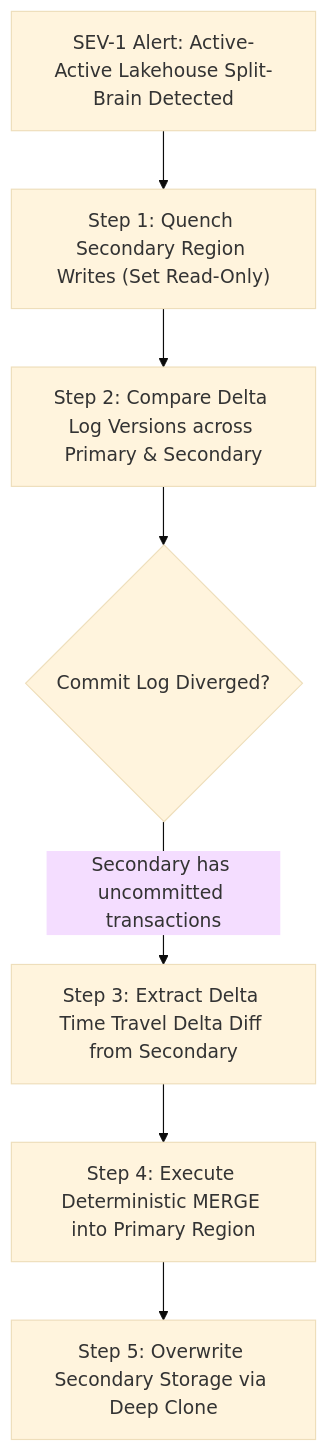
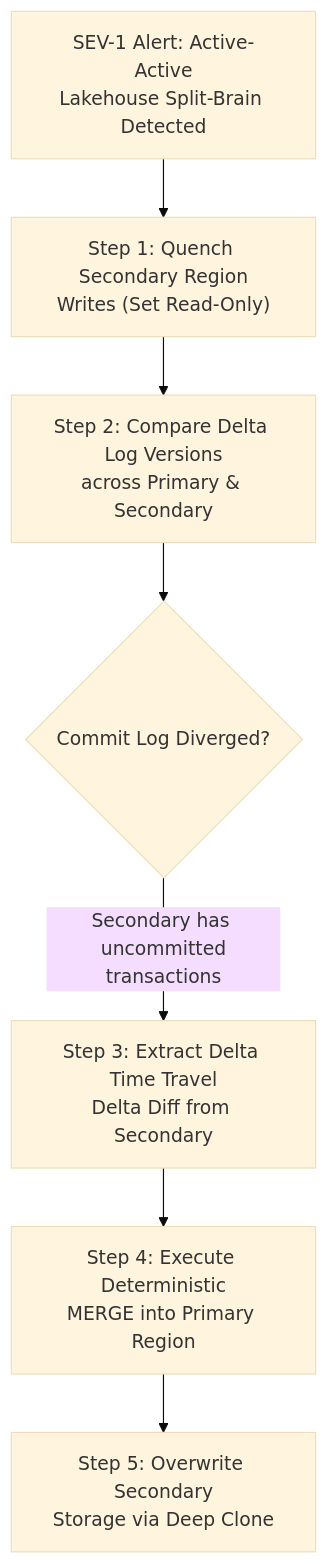
One commit to santoshjammi29/data-system-design-handbook changed the diagram in runbooks/01_cross_region_split_brain_conflict_resolution.md. Above: the diagram before and after it, drawn with Mermaid (base theme). The commit also changed 15 other files, not shown here.

Commit message:
fix(diagrams): word-wrap labels and escape comparison operators across all diagrams

````diff
--- a/runbooks/01_cross_region_split_brain_conflict_resolution.md
+++ b/runbooks/01_cross_region_split_brain_conflict_resolution.md
@@ -12,11 +12,11 @@
 ```mermaid
 flowchart TD
-    Alert["SEV-1 Alert: Active-Active Lakehouse Split-Brain Detected"] --> IsolateSecondary["Step 1: Quench Secondary Region Writes (Set Read-Only)"]
-    IsolateSecondary --> CompareCommitLogs["Step 2: Compare Delta Log Versions across Primary & Secondary"]
+    Alert["SEV-1 Alert: Active-Active<br/>Lakehouse Split-Brain Detected"] --> IsolateSecondary["Step 1: Quench Secondary Region<br/>Writes (Set Read-Only)"]
+    IsolateSecondary --> CompareCommitLogs["Step 2: Compare Delta Log Versions<br/>across Primary & Secondary"]
 
     CompareCommitLogs --> DivergenceCheck{"Commit Log Diverged?"}
-    DivergenceCheck -->|"Secondary has uncommitted transactions"| ExtractDiff["Step 3: Extract Delta Time Travel Delta Diff from Secondary"]
+    DivergenceCheck -->|"Secondary has uncommitted<br/>transactions"| ExtractDiff["Step 3: Extract Delta Time Travel<br/>Delta Diff from Secondary"]
 
-    ExtractDiff --> ReconcilePrimary["Step 4: Execute Deterministic MERGE into Primary Region"]
-    ReconcilePrimary --> ResyncSecondary["Step 5: Overwrite Secondary Storage via Deep Clone"]
+    ExtractDiff --> ReconcilePrimary["Step 4: Execute Deterministic<br/>MERGE into Primary Region"]
+    ReconcilePrimary --> ResyncSecondary["Step 5: Overwrite Secondary<br/>Storage via Deep Clone"]
 ```
````
